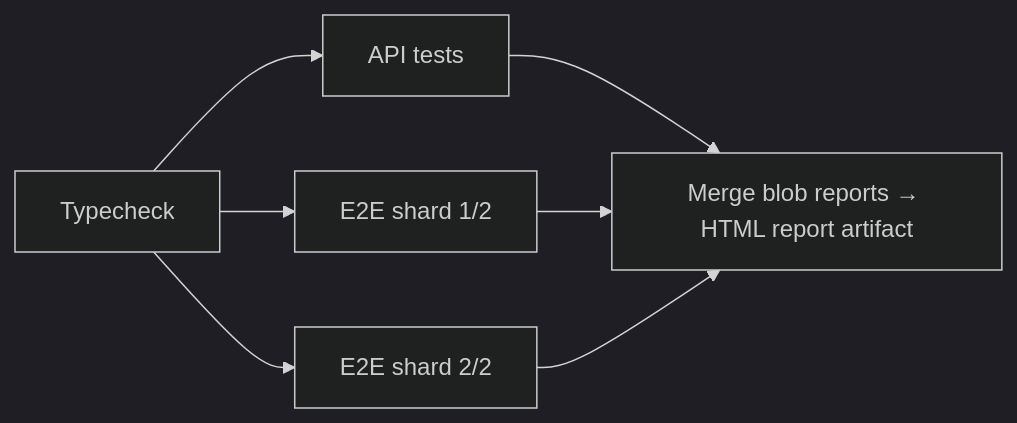
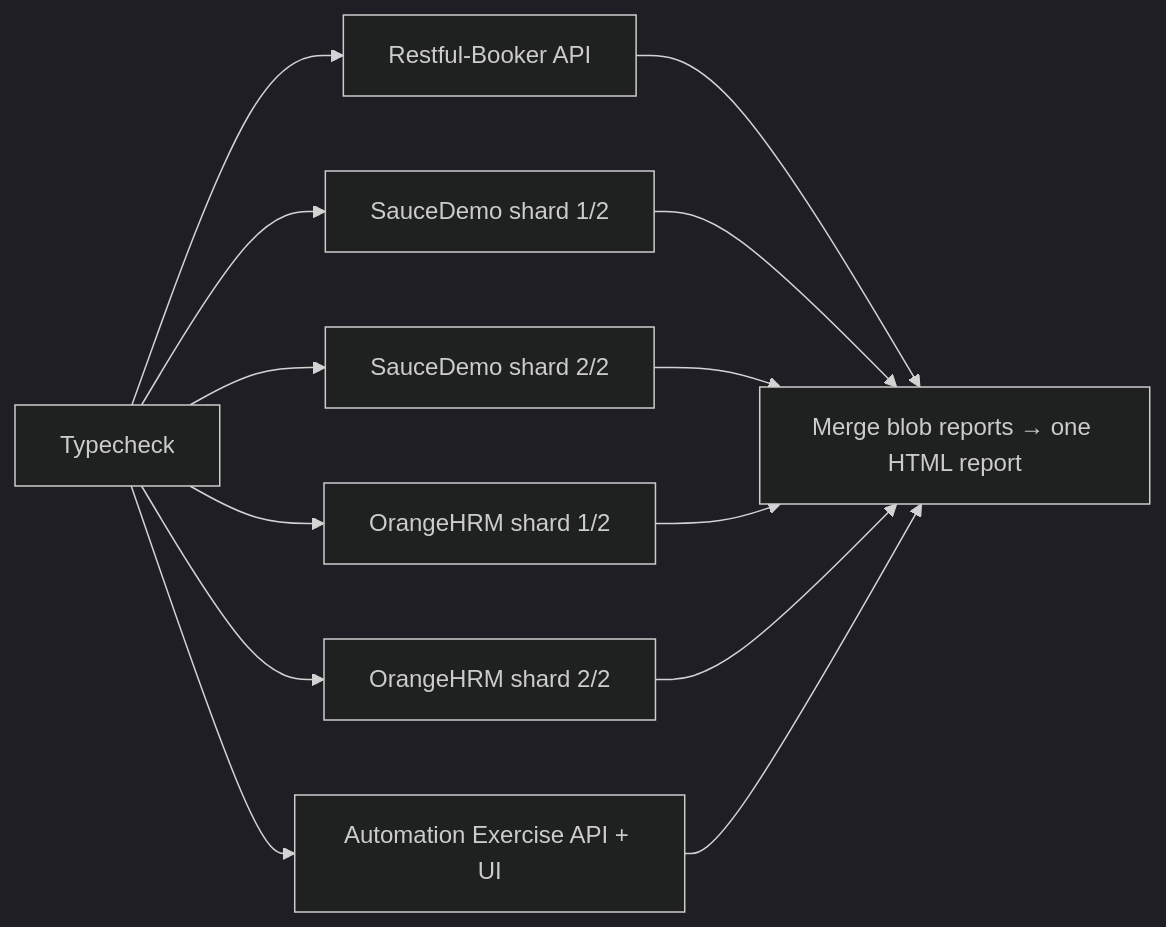
One commit to HiAvi-tester/playwright-ts-enterprise-framework changed the second of 2 diagrams in README.md. Above: the diagram before and after it, drawn with Mermaid (dark theme). The commit also changed other lines of this file and 36 other files, not shown here.

First line of the commit message:
Add OrangeHRM and Automation Exercise targets (#2)

````diff
--- a/README.md
+++ b/README.md
@@ -54,9 +74,10 @@
 ```mermaid
 flowchart LR
-    TC[Typecheck] --> A[API tests]
-    TC --> S1[E2E shard 1/2]
-    TC --> S2[E2E shard 2/2]
-    A --> R[Merge blob reports → HTML report artifact]
-    S1 --> R
-    S2 --> R
+    TC[Typecheck] --> A[Restful-Booker API]
+    TC --> S1[SauceDemo shard 1/2]
+    TC --> S2[SauceDemo shard 2/2]
+    TC --> H1[OrangeHRM shard 1/2]
+    TC --> H2[OrangeHRM shard 2/2]
+    TC --> AE[Automation Exercise API + UI]
+    A & S1 & S2 & H1 & H2 & AE --> R[Merge blob reports → one HTML report]
 ```
````
